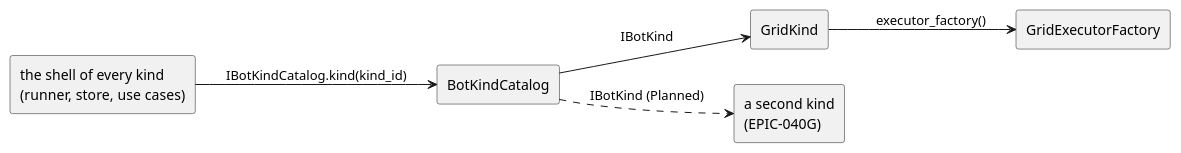
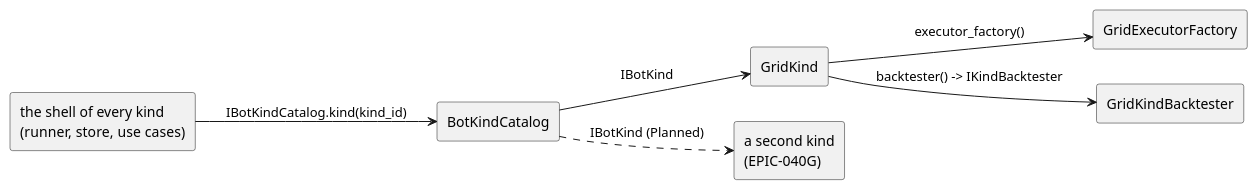
The diagram in Docs/MODULES/bots/diagrams/05-kind-seam.puml (anhembedded/Sagittarius_Elite_Warrior), drawn with PlantUML before and after one commit. The commit also changed 30 other files, not shown here.

First line of the commit message:
feat(bots): one kind-neutral backtest result and simulator port; the Grid answers through it (EPIC-040B)

```diff
--- a/Docs/MODULES/bots/diagrams/05-kind-seam.puml
+++ b/Docs/MODULES/bots/diagrams/05-kind-seam.puml
@@ -3,13 +3,15 @@
 @startuml 05-kind-seam
 skinparam componentStyle rectangle
 left to right direction
 [the shell of every kind\n(runner, store, use cases)] as SH
 [BotKindCatalog] as C
 [GridKind] as GK
 [GridExecutorFactory] as GF
+[GridKindBacktester] as GB
 [a second kind\n(EPIC-040G)] as K2
 SH --> C : IBotKindCatalog.kind(kind_id)
 C --> GK : IBotKind
 C ..> K2 : IBotKind (Planned)
 GK --> GF : executor_factory()
+GK --> GB : backtester() -> IKindBacktester
 @enduml
```
